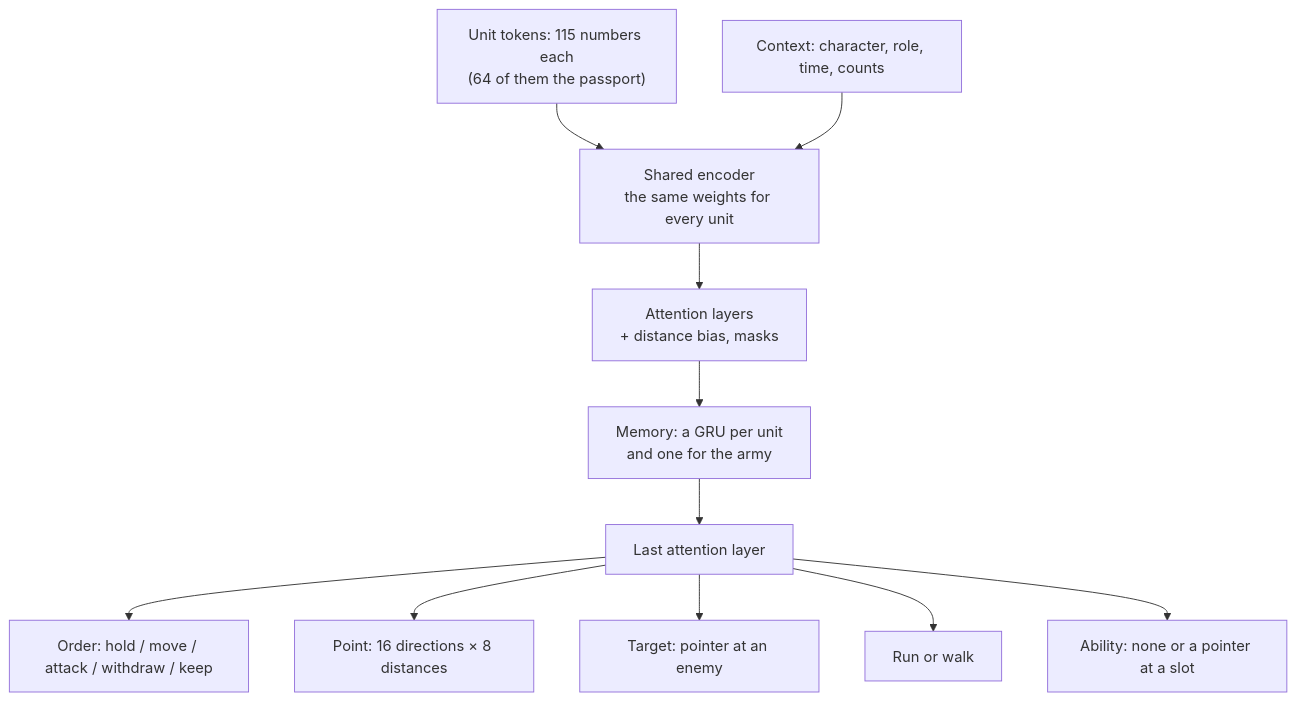
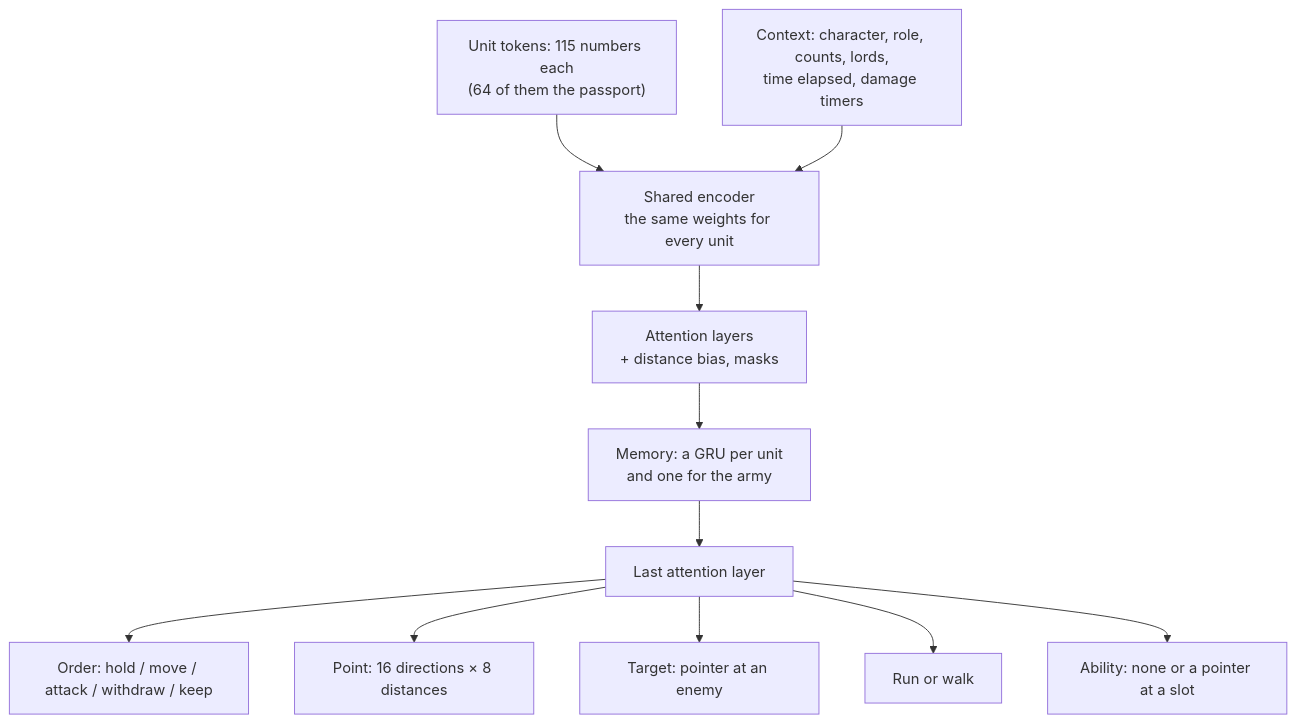
The second of 2 diagrams in docs/en/training/model.md (DimaZero7/TWW3-batle-ai), drawn with Mermaid before and after one commit. The commit also changed other lines of this file and 13 other files, not shown here.

First line of the commit message:
Gold-cost reward, attacker idle timer reset by damage, damage timers in the observation, no time-limit input

````diff
--- a/docs/en/training/model.md
+++ b/docs/en/training/model.md
@@ -112,13 +142,13 @@
 ```mermaid
 flowchart TB
   tok["Unit tokens: 115 numbers each<br/>(64 of them the passport)"] --> enc["Shared encoder<br/>the same weights for every unit"]
-  ctx["Context: character, role, time, counts"] --> enc
+  ctx["Context: character, role, counts, lords,<br/>time elapsed, damage timers"] --> enc
   enc --> att["Attention layers<br/>+ distance bias, masks"]
   att --> gru["Memory: a GRU per unit<br/>and one for the army"]
   gru --> last["Last attention layer"]
   last --> kind["Order: hold / move / attack / withdraw / keep"]
   last --> point["Point: 16 directions × 8 distances"]
   last --> ptr["Target: pointer at an enemy"]
   last --> run["Run or walk"]
   last --> abil["Ability: none or a pointer at a slot"]
 ```
````
